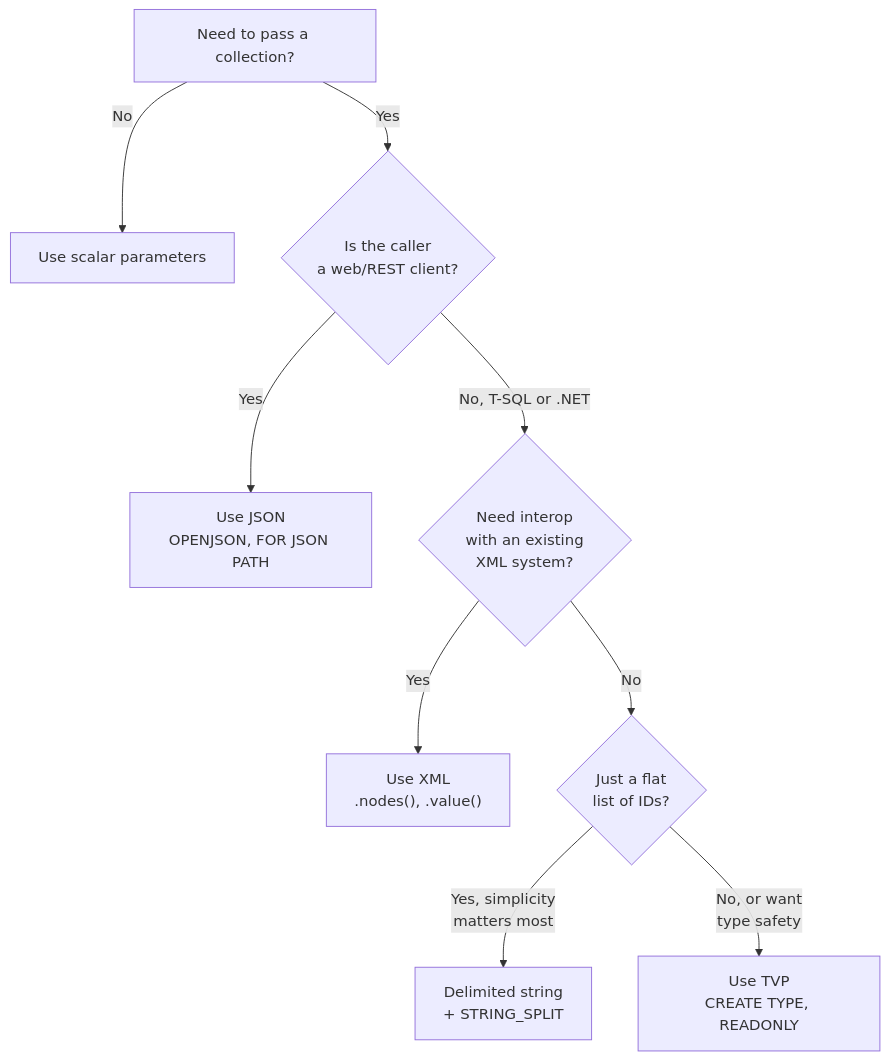
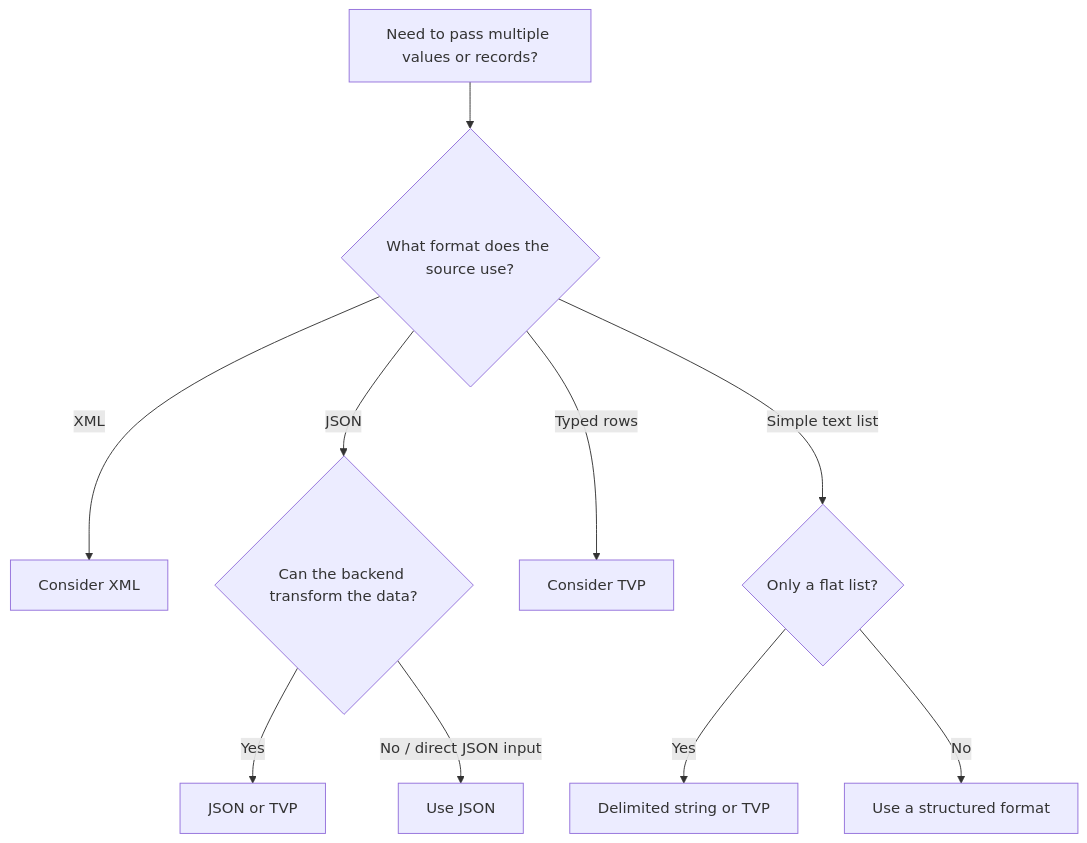
The fourth of 5 diagrams in labs/lab08-complex-parameters.md (tjovic/database-design-labs-public), drawn with Mermaid before and after one commit. The commit also changed other lines of this file, not shown here.

````diff
--- a/labs/lab08-complex-parameters.md
+++ b/labs/lab08-complex-parameters.md
@@ -1835,12 +2539,16 @@
 ```mermaid
 flowchart TD
-    A["Need to pass a collection?"]
-    A -->|No| Z["Use scalar parameters"]
-    A -->|Yes| B{"Is the caller<br/>a web/REST client?"}
-    B -->|Yes| F["Use JSON<br/>OPENJSON, FOR JSON PATH"]
-    B -->|No, T-SQL or .NET| C{"Need interop<br/>with an existing<br/>XML system?"}
-    C -->|Yes| I["Use XML<br/>.nodes(), .value()"]
-    C -->|No| D{"Just a flat<br/>list of IDs?"}
-    D -->|Yes, simplicity<br/>matters most| E["Delimited string<br/>+ STRING_SPLIT"]
-    D -->|No, or want<br/>type safety| G["Use TVP<br/>CREATE TYPE, READONLY"]
+    A["Need to pass multiple values or records?"]
+    A --> B{"What format does the source use?"}
+
+    B -->|"XML"| C["Consider XML"]
+    B -->|"JSON"| D{"Can the backend transform the data?"}
+    B -->|"Typed rows"| E["Consider TVP"]
+    B -->|"Simple text list"| F{"Only a flat list?"}
+
+    D -->|"Yes"| G["JSON or TVP"]
+    D -->|"No / direct JSON input"| H["Use JSON"]
+
+    F -->|"Yes"| I["Delimited string or TVP"]
+    F -->|"No"| J["Use a structured format"]
 ```
````
